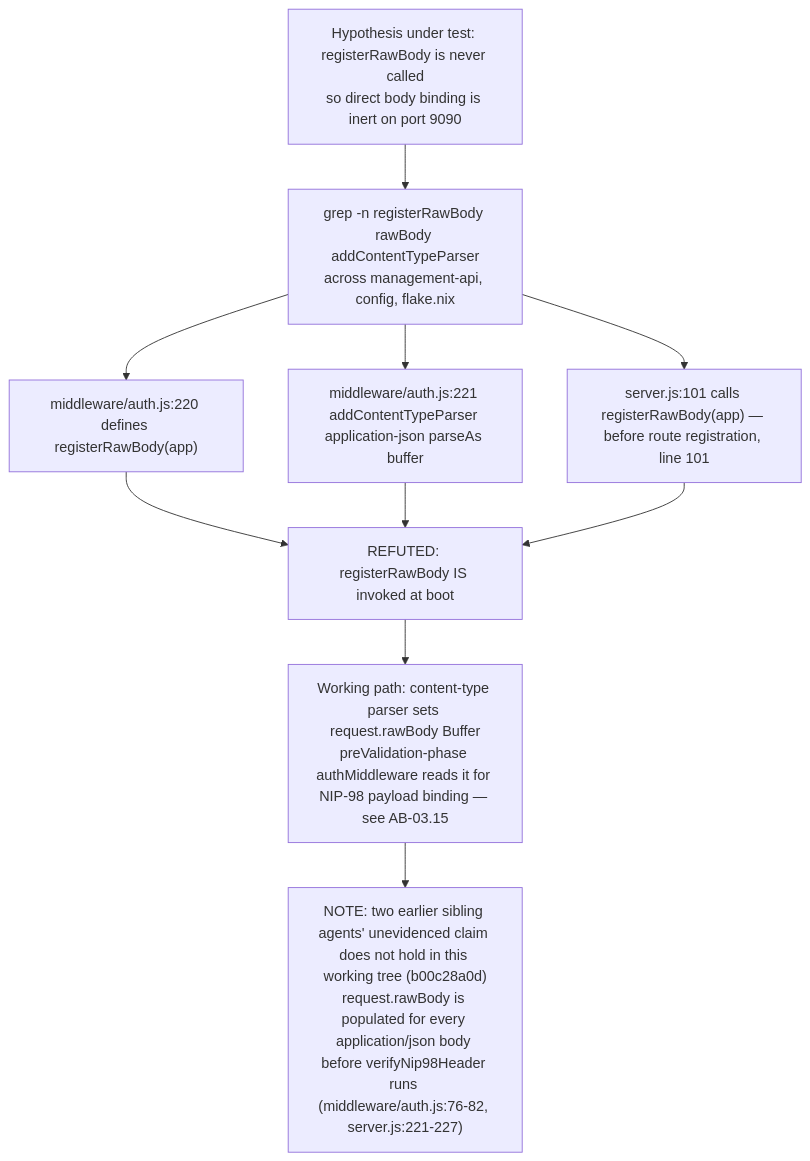
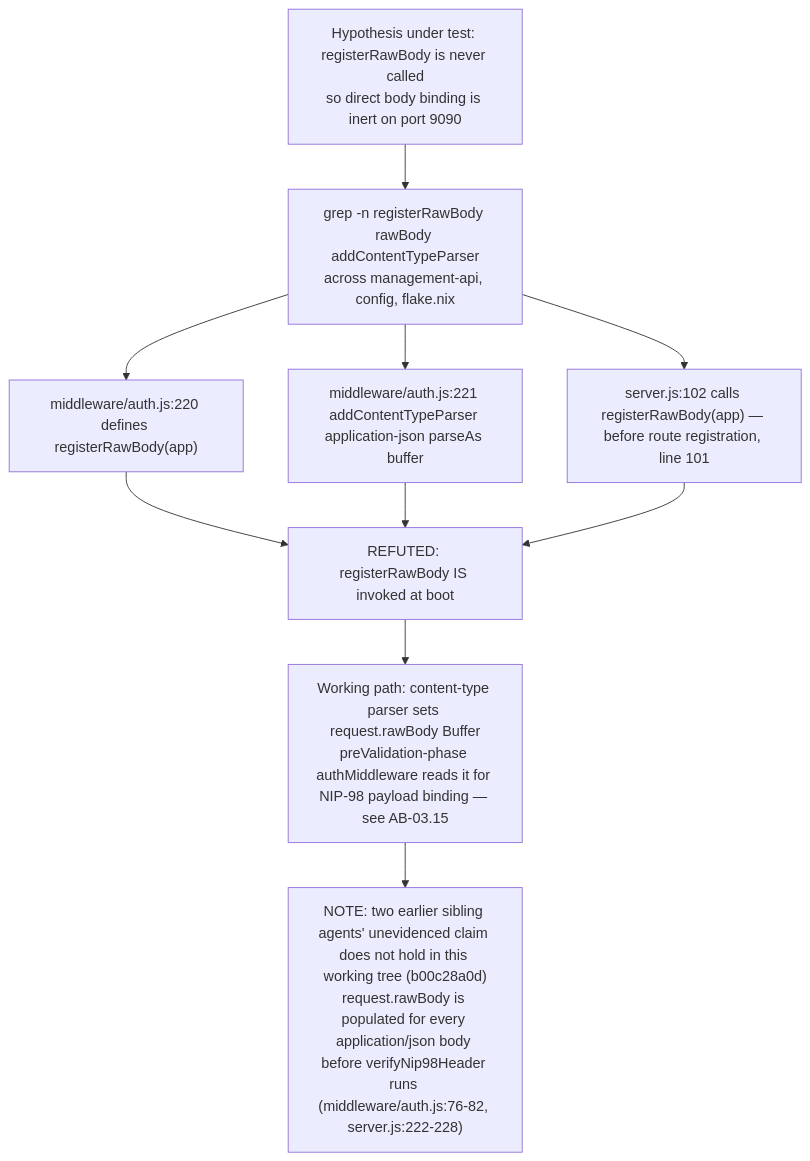
Diagram 17 of 17 in docs/diagrams/agentbox/03-management-api-request-lifecycle.md (DreamLab-AI/VisionFlow), drawn with Mermaid before and after one commit. The commit also changed other lines of this file and 28 other files, not shown here.

````diff
--- a/docs/diagrams/agentbox/03-management-api-request-lifecycle.md
+++ b/docs/diagrams/agentbox/03-management-api-request-lifecycle.md
@@ -629,12 +631,12 @@
 ```mermaid
 flowchart TD
     Hyp["Hypothesis under test: registerRawBody is never called<br/>so direct body binding is inert on port 9090"] --> G1["grep -n registerRawBody rawBody addContentTypeParser<br/>across management-api, config, flake.nix"]
     G1 --> F1["middleware/auth.js:220 defines registerRawBody(app)"]
     G1 --> F2["middleware/auth.js:221 addContentTypeParser application-json parseAs buffer"]
-    G1 --> F3["server.js:101 calls registerRawBody(app) — before route registration, line 101"]
+    G1 --> F3["server.js:102 calls registerRawBody(app) — before route registration, line 101"]
     F1 --> R["REFUTED: registerRawBody IS invoked at boot"]
     F2 --> R
     F3 --> R
     R --> Path["Working path: content-type parser sets request.rawBody Buffer<br/>preValidation-phase authMiddleware reads it for NIP-98 payload binding — see AB-03.15"]
-    Path --> Note1["NOTE: two earlier sibling agents' unevidenced claim does not hold in this working tree (b00c28a0d)<br/>request.rawBody is populated for every application/json body before verifyNip98Header runs (middleware/auth.js:76-82, server.js:221-227)"]
+    Path --> Note1["NOTE: two earlier sibling agents' unevidenced claim does not hold in this working tree (b00c28a0d)<br/>request.rawBody is populated for every application/json body before verifyNip98Header runs (middleware/auth.js:76-82, server.js:222-228)"]
 ```
````
